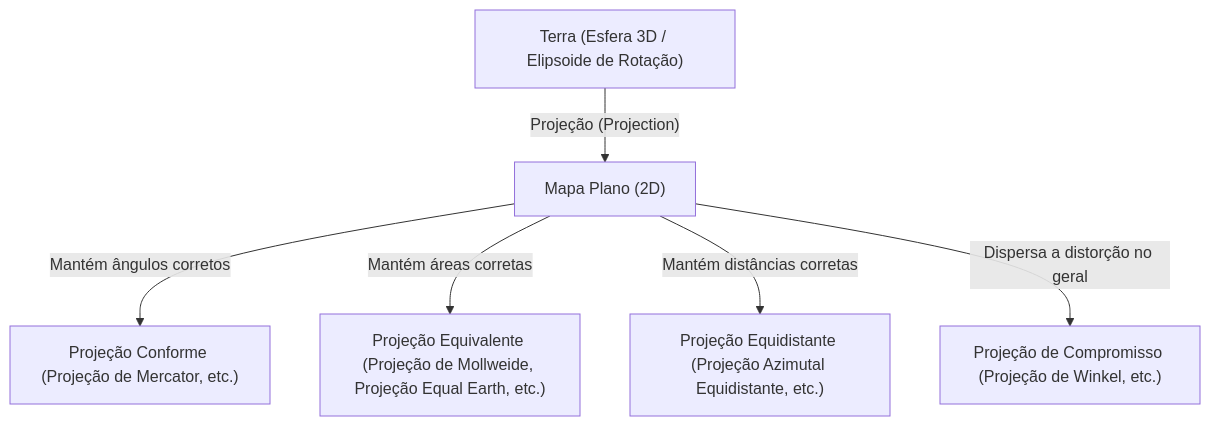
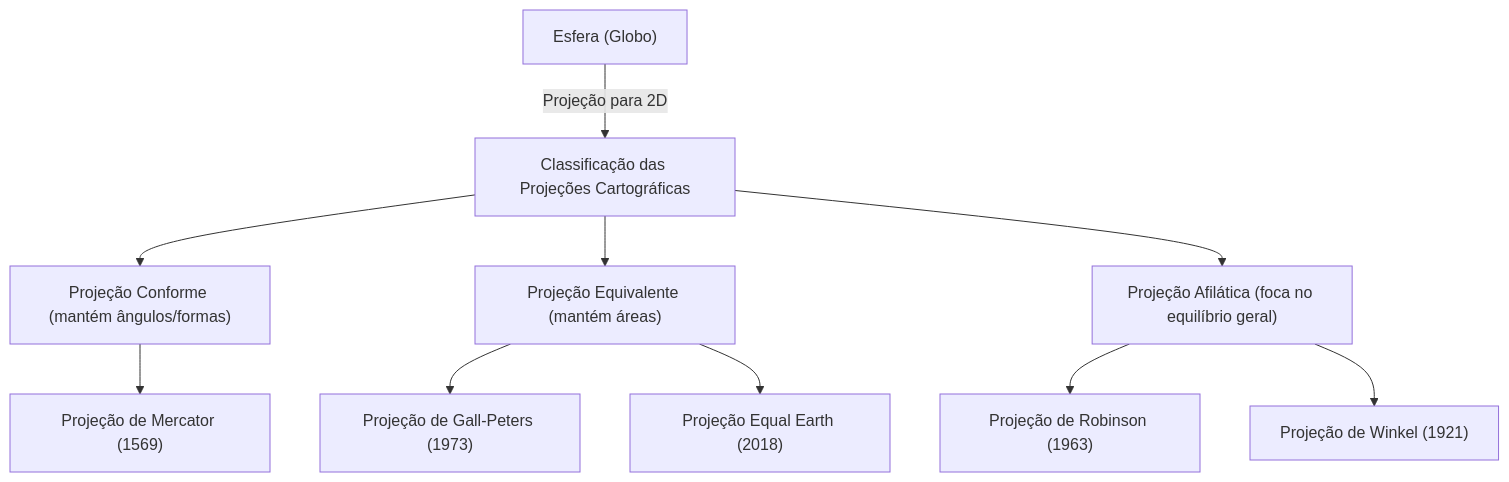
The diagram in content/post/history-of-map-projections/index.pt.md (kenjinote/blog), drawn with Mermaid before and after one commit. The commit also changed other lines of this file and 129 other files, not shown here.

````diff
--- a/content/post/history-of-map-projections/index.pt.md
+++ b/content/post/history-of-map-projections/index.pt.md
@@ -19,8 +30,13 @@
 ```mermaid
 graph TD
-    A["Terra (Esfera 3D / Elipsoide de Rotação)"] -- "Projeção (Projection)" --> B["Mapa Plano (2D)"]
-    B -- "Mantém ângulos corretos" --> C["Projeção Conforme (Projeção de Mercator, etc.)"]
-    B -- "Mantém áreas corretas" --> D["Projeção Equivalente (Projeção de Mollweide, Projeção Equal Earth, etc.)"]
-    B -- "Mantém distâncias corretas" --> E["Projeção Equidistante (Projeção Azimutal Equidistante, etc.)"]
-    B -- "Dispersa a distorção no geral" --> F["Projeção de Compromisso (Projeção de Winkel, etc.)"]
+    A["Esfera (Globo)"] -->|"Projeção para 2D"| B["Classificação das Projeções Cartográficas"]
+    B --> C["Projeção Conforme (mantém ângulos/formas)"]
+    B --> D["Projeção Equivalente (mantém áreas)"]
+    B --> E["Projeção Afilática (foca no equilíbrio geral)"]
+    
+    C --> F["Projeção de Mercator (1569)"]
+    D --> G["Projeção de Gall-Peters (1973)"]
+    D --> H["Projeção Equal Earth (2018)"]
+    E --> I["Projeção de Robinson (1963)"]
+    E --> J["Projeção de Winkel (1921)"]
 ```
````
